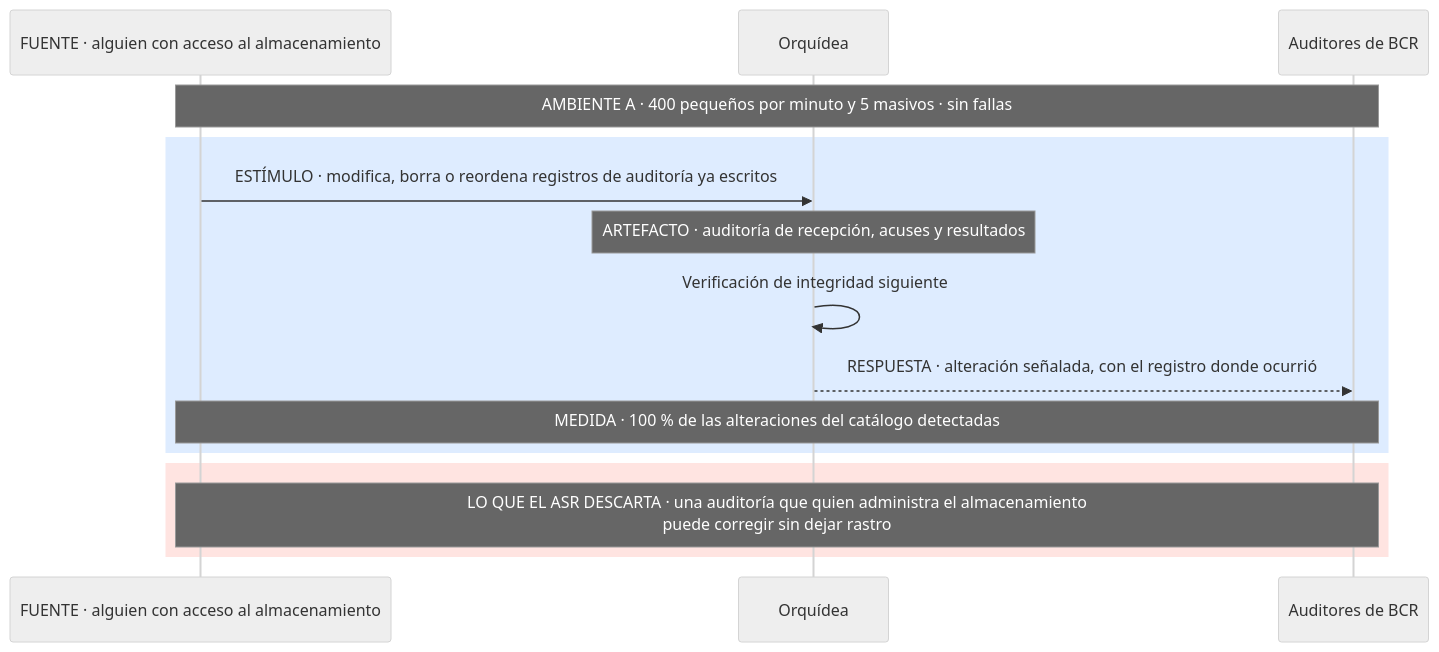
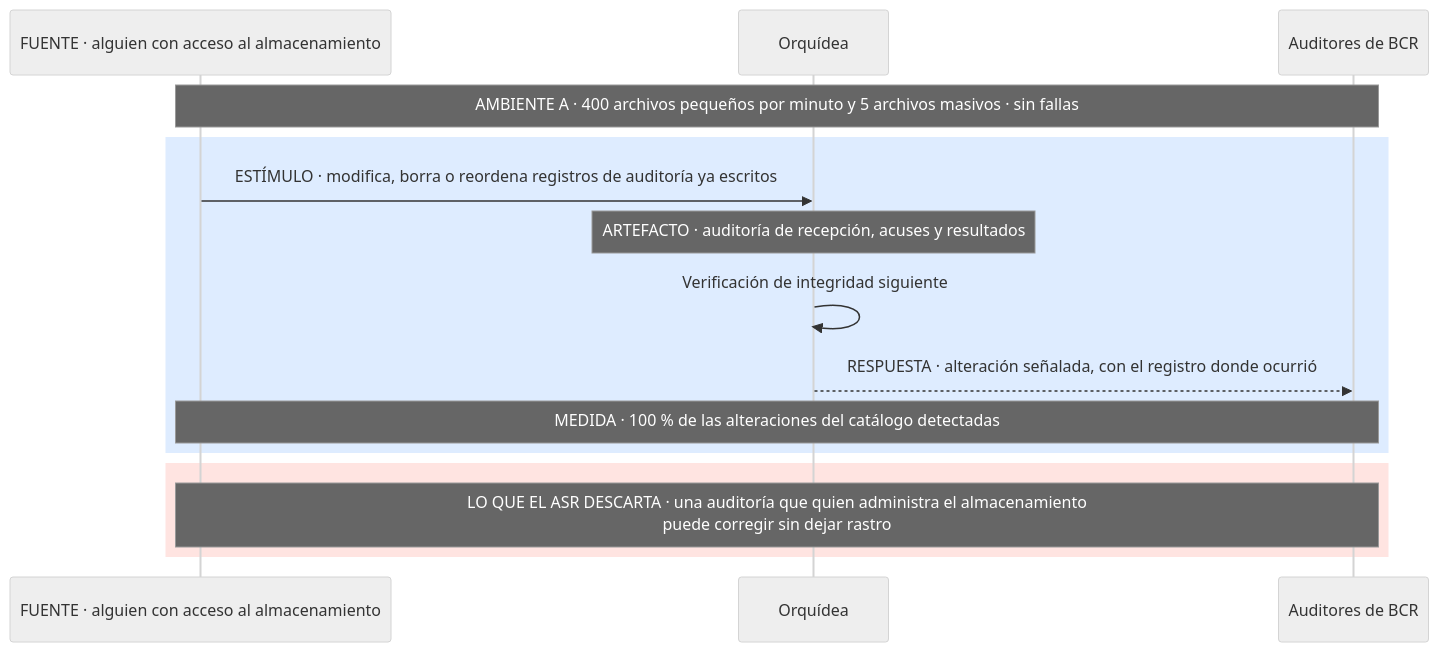
Before and after one commit to MATI-MBIT/arqsoft-reto-4: diagram 16 of 17 in docs/quality-attributes.md, drawn with Mermaid (neutral theme). The commit also changed other lines of this file, not shown here.

````diff
--- a/docs/quality-attributes.md
+++ b/docs/quality-attributes.md
@@ -683,17 +683,17 @@
 ```mermaid
 sequenceDiagram
     participant X as FUENTE · alguien con acceso al almacenamiento
     participant O as Orquídea
     participant Au as Auditores de BCR
-    Note over X,Au: AMBIENTE A · 400 pequeños por minuto y 5 masivos · sin fallas
+    Note over X,Au: AMBIENTE A · 400 archivos pequeños por minuto y 5 archivos masivos · sin fallas
     rect rgb(222, 236, 255)
     X->>O: ESTÍMULO · modifica, borra o reordena registros de auditoría ya escritos
     Note over O: ARTEFACTO · auditoría de recepción, acuses y resultados
     O->>O: Verificación de integridad siguiente
     O-->>Au: RESPUESTA · alteración señalada, con el registro donde ocurrió
     Note over X,Au: MEDIDA · 100 % de las alteraciones del catálogo detectadas
     end
     rect rgb(255, 228, 225)
     Note over X,Au: LO QUE EL ASR DESCARTA · una auditoría que quien administra el almacenamiento<br/>puede corregir sin dejar rastro
     end
 ```
````
